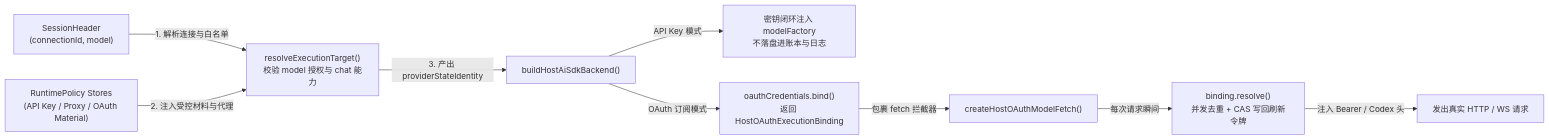
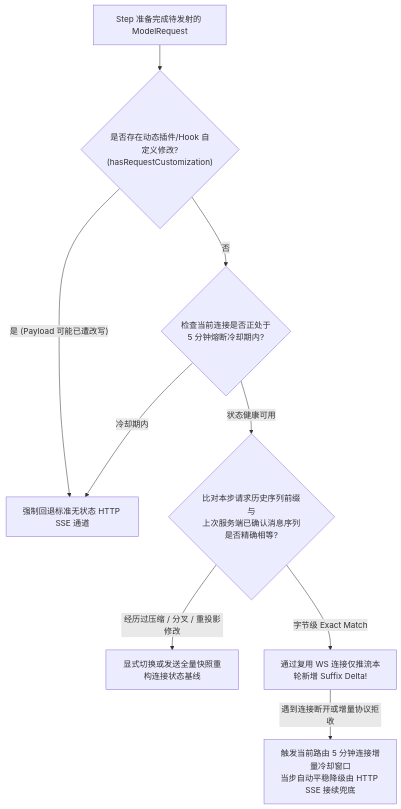
Before and after one commit to suger-m/agent-infrastructure-docs: the second of 2 diagrams in maka-agent-infra/01-runtime/provider-configuration.md, drawn with Mermaid. The commit also changed other lines of this file and 33 other files, not shown here.

Commit message:
docs(ts): overhaul all 32 TS architecture chapters in razor-sharp microkernel style & polish Rust foundations

````diff
--- a/maka-agent-infra/01-runtime/provider-configuration.md
+++ b/maka-agent-infra/01-runtime/provider-configuration.md
@@ -26,13 +67,11 @@
 ```mermaid
-flowchart LR
-    Header["SessionHeader<br/>(connectionId, model)"] -->|"1. 解析连接与白名单"| Resolve["resolveExecutionTarget()<br/>校验 model 授权与 chat 能力"]
-    Policy["RuntimePolicy Stores<br/>(API Key / Proxy / OAuth Material)"] -->|"2. 注入受控材料与代理"| Resolve
-    Resolve -->|"3. 产出 providerStateIdentity"| Build["buildHostAiSdkBackend()"]
-
-    Build -->|"API Key 模式"| StaticKey["密钥闭环注入 modelFactory<br/>不落盘进账本与日志"]
-    Build -->|"OAuth 订阅模式"| Bind["oauthCredentials.bind()<br/>返回 HostOAuthExecutionBinding"]
-
-    Bind -->|"包裹 fetch 拦截器"| FetchWrap["createHostOAuthModelFetch()"]
-    FetchWrap -->|"每次请求瞬间"| DynamicToken["binding.resolve()<br/>并发去重 + CAS 写回刷新令牌"]
-    DynamicToken -->|"注入 Bearer / Codex 头"| Wire["发出真实 HTTP / WS 请求"]
+flowchart TD
+    BuildReq["Step 准备完成待发射的 ModelRequest"] --> Gate1{"是否存在动态插件/Hook 自定义修改?<br/>(hasRequestCustomization)"}
+    Gate1 -->|"是 (Payload 可能已遭改写)"| HttpFallback["强制回退标准无状态 HTTP SSE 通道"]
+    Gate1 -->|"否"| Gate2{"检查当前连接是否正处于<br/>5 分钟熔断冷却期内?"}
+    Gate2 -->|"冷却期内"| HttpFallback
+    Gate2 -->|"状态健康可用"| Gate3{"比对本步请求历史序列前缀与<br/>上次服务端已确认消息序列是否精确相等?"}
+    Gate3 -->|"经历过压缩 / 分叉 / 重投影修改"| ResetStream["显式切换或发送全量快照重构连接状态基线"]
+    Gate3 -->|"字节级 Exact Match"| DeltaSend["通过复用 WS 连接仅推流本轮新增 Suffix Delta!"]
+    DeltaSend -->|"遇到连接断开或增量协议拒收"| TriggerCooldown["触发当前路由 5 分钟连接增量冷却窗口<br/>当步自动平稳降级由 HTTP SSE 接续兜底"]
 ```
````
